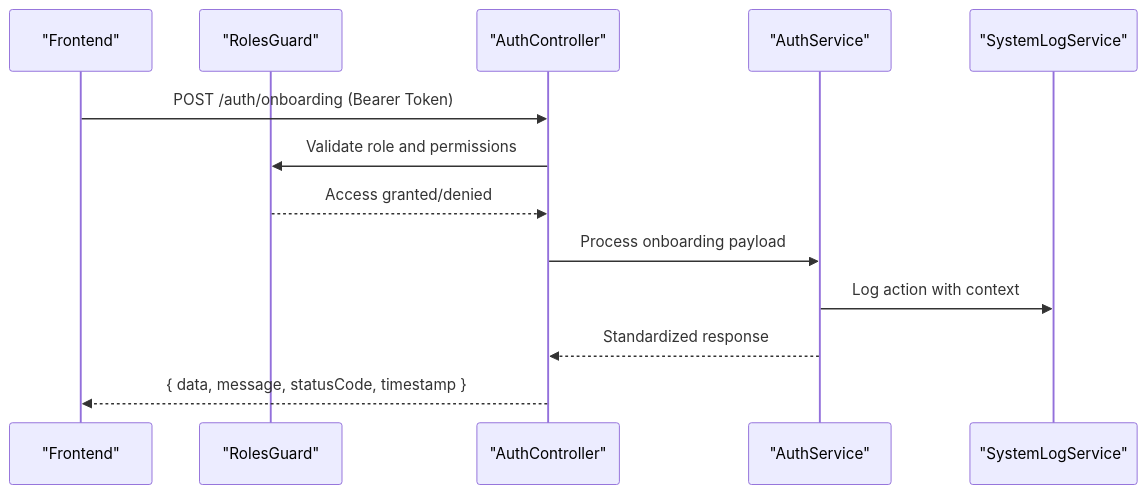
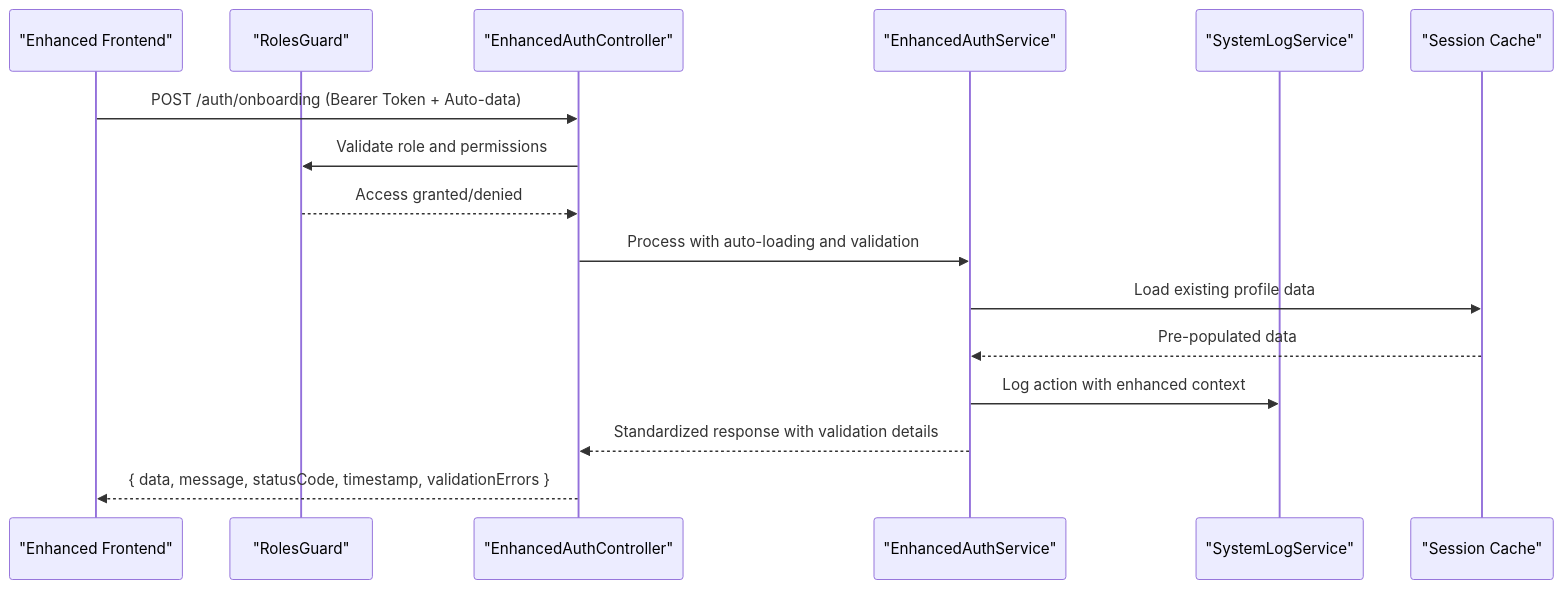
One commit to RobertRuas/windlog changed the fifth of 6 diagrams in .qoder/repowiki/en/content/Arquitetura Backend/Sistema Obrigatório de Onboarding.md. Above: the diagram before and after it, drawn with Mermaid. The commit also changed other lines of this file and 17 other files, not shown here.

````diff
--- a/.qoder/repowiki/en/content/Arquitetura Backend/Sistema Obrigatório de Onboarding.md
+++ b/.qoder/repowiki/en/content/Arquitetura Backend/Sistema Obrigatório de Onboarding.md
@@ -282,15 +333,18 @@
 ```mermaid
 sequenceDiagram
-participant Client as "Frontend"
+participant Client as "Enhanced Frontend"
 participant Guard as "RolesGuard"
-participant Ctrl as "AuthController"
-participant Svc as "AuthService"
+participant Ctrl as "EnhancedAuthController"
+participant Svc as "EnhancedAuthService"
 participant Log as "SystemLogService"
-Client->>Ctrl : POST /auth/onboarding (Bearer Token)
+participant Cache as "Session Cache"
+Client->>Ctrl : POST /auth/onboarding (Bearer Token + Auto-data)
 Ctrl->>Guard : Validate role and permissions
 Guard-->>Ctrl : Access granted/denied
-Ctrl->>Svc : Process onboarding payload
-Svc->>Log : Log action with context
-Svc-->>Ctrl : Standardized response
-Ctrl-->>Client : { data, message, statusCode, timestamp }
+Ctrl->>Svc : Process with auto-loading and validation
+Svc->>Cache : Load existing profile data
+Cache-->>Svc : Pre-populated data
+Svc->>Log : Log action with enhanced context
+Svc-->>Ctrl : Standardized response with validation details
+Ctrl-->>Client : { data, message, statusCode, timestamp, validationErrors }
 ```
````
